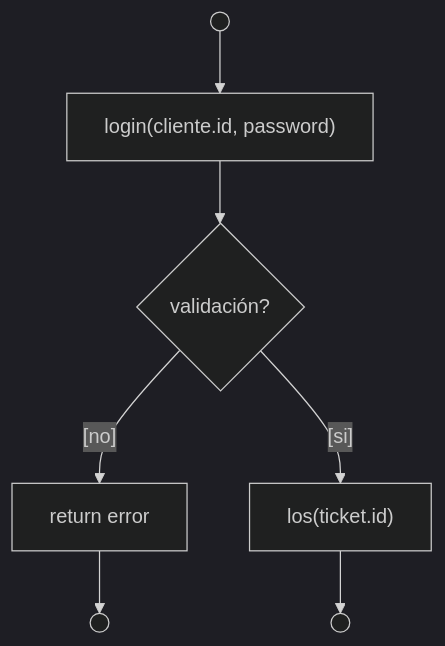
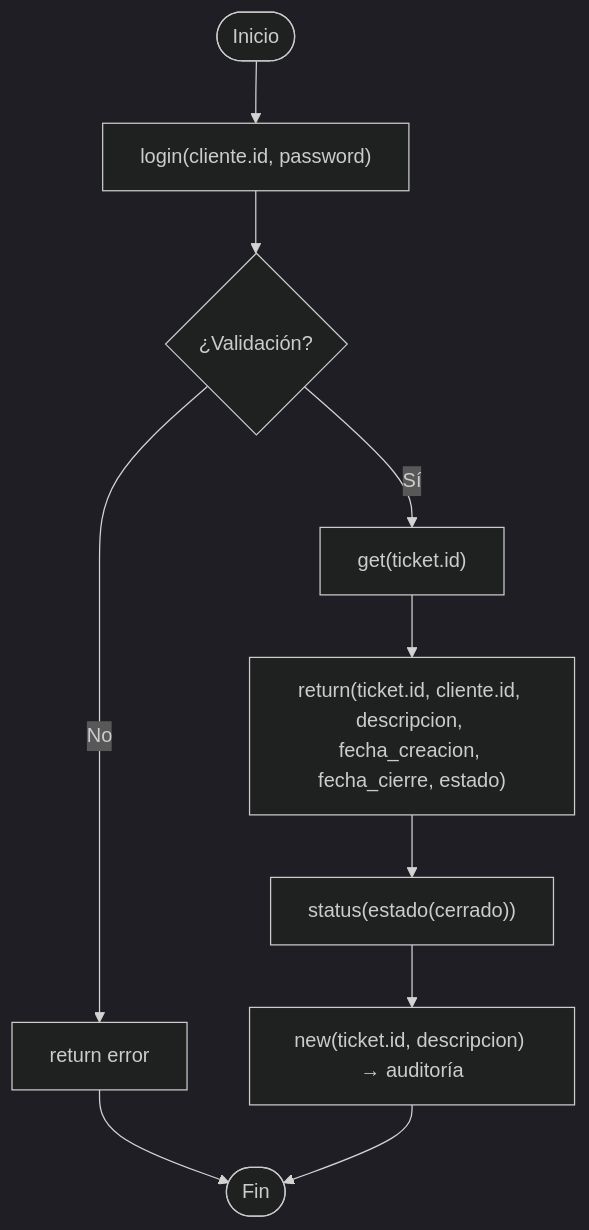
One commit to guadalupemolinna/IS1_TP7 changed diagram 18 of 20 in README.md. Above: the diagram before and after it, drawn with Mermaid (dark theme). The commit also changed other lines of this file, not shown here.

Commit message:
Update flowchart for ticket closing process

````diff
--- a/README.md
+++ b/README.md
@@ -239,8 +239,12 @@
 ```mermaid
 flowchart TD
-    Start(( )) --> A["login(cliente.id, password)"]
-    A --> Decision{validación?}
-    Decision -- [no] --> Error["return error"] --> EndError(( ))
-    Decision -- [si] --> B["los(ticket.id)"]
-    B --> End(( ))
+    A([Inicio]) --> B["login(cliente.id, password)"]
+    B --> C{¿Validación?}
+    C -- No --> C1["return error"]
+    C1 --> Z([Fin])
+    C -- Sí --> D["get(ticket.id)"]
+    D --> E["return(ticket.id, cliente.id, descripcion, fecha_creacion, fecha_cierre, estado)"]
+    E --> F["status(estado(cerrado))"]
+    F --> G["new(ticket.id, descripcion) → auditoría"]
+    G --> Z
 ```
````
